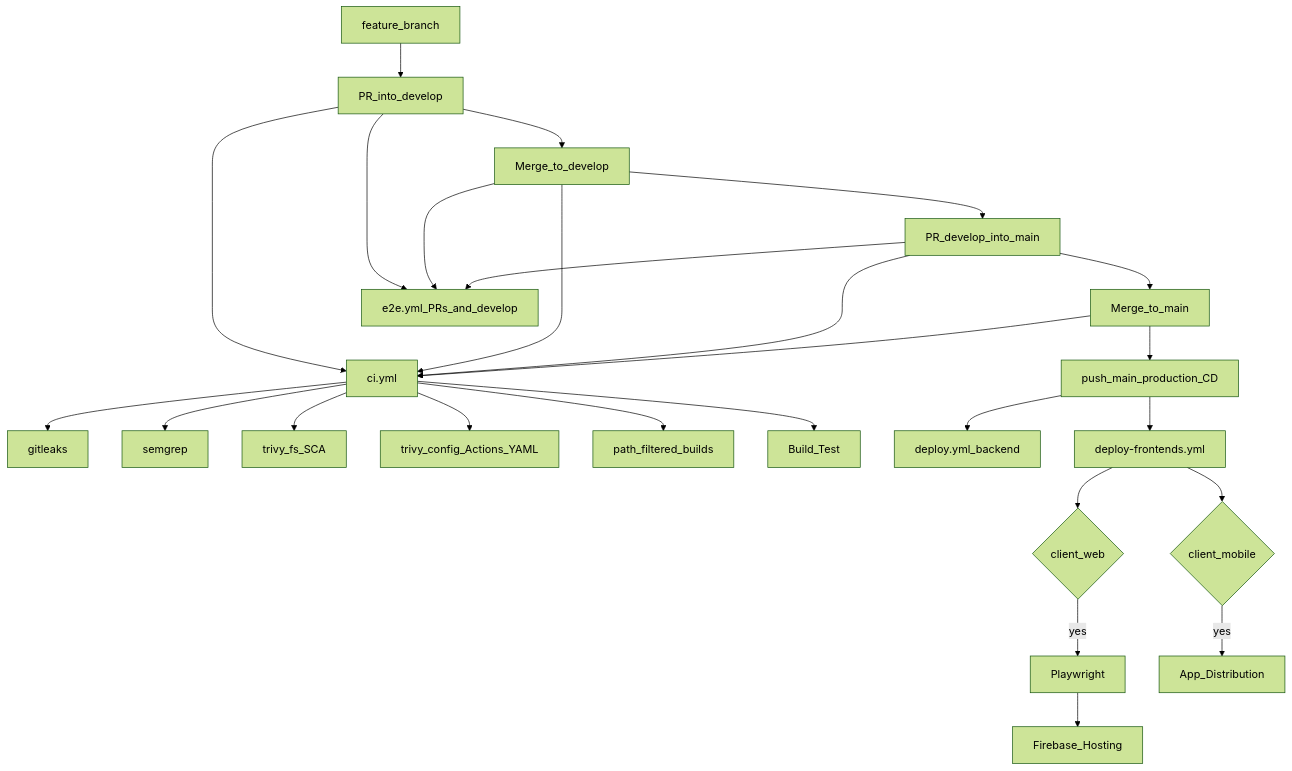
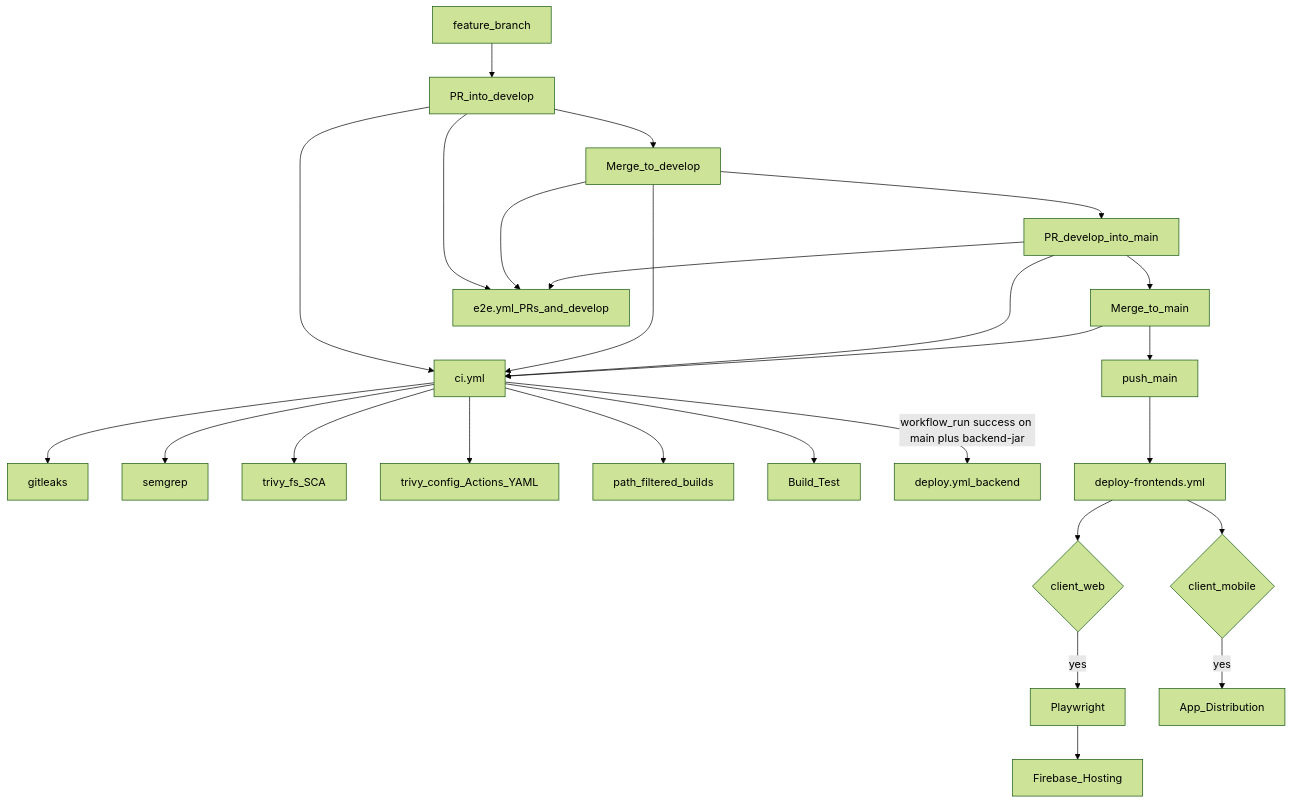
Before and after one commit to CanMakan-Team/CanMakan: the diagram in CICD-PIPELINE.md, drawn with Mermaid (forest theme). The commit also changed other lines of this file and 3 other files, not shown here.

Commit message:
CMK-55 Ship the verified backend JAR from CI so production deploy does not recompile with skipTests.

````diff
--- a/CICD-PIPELINE.md
+++ b/CICD-PIPELINE.md
@@ -61,32 +61,32 @@
 ```mermaid
 flowchart TD
   feat[feature_branch] --> prDev[PR_into_develop]
   prDev --> mergeDev[Merge_to_develop]
   mergeDev --> prMain[PR_develop_into_main]
   prMain --> mergeMain[Merge_to_main]
-  mergeMain --> pushMain[push_main_production_CD]
+  mergeMain --> pushMain[push_main]
 
   prDev --> ci[ci.yml]
   mergeDev --> ci
   prMain --> ci
   mergeMain --> ci
 
   ci --> gl[gitleaks]
   ci --> sg[semgrep]
   ci --> tv[trivy_fs_SCA]
   ci --> yml[trivy_config_Actions_YAML]
   ci --> builds[path_filtered_builds]
   ci --> gate[Build_Test]
 
   prDev --> e2ePr[e2e.yml_PRs_and_develop]
   mergeDev --> e2ePr
   prMain --> e2ePr
 
-  pushMain --> be[deploy.yml_backend]
+  ci -->|workflow_run success on main plus backend-jar| be[deploy.yml_backend]
   pushMain --> fe[deploy-frontends.yml]
   fe --> webPath{client_web}
   fe --> mobPath{client_mobile}
   webPath -->|yes| e2eMain[Playwright]
   e2eMain --> fb[Firebase_Hosting]
   mobPath -->|yes| apk[App_Distribution]
 ```
````
